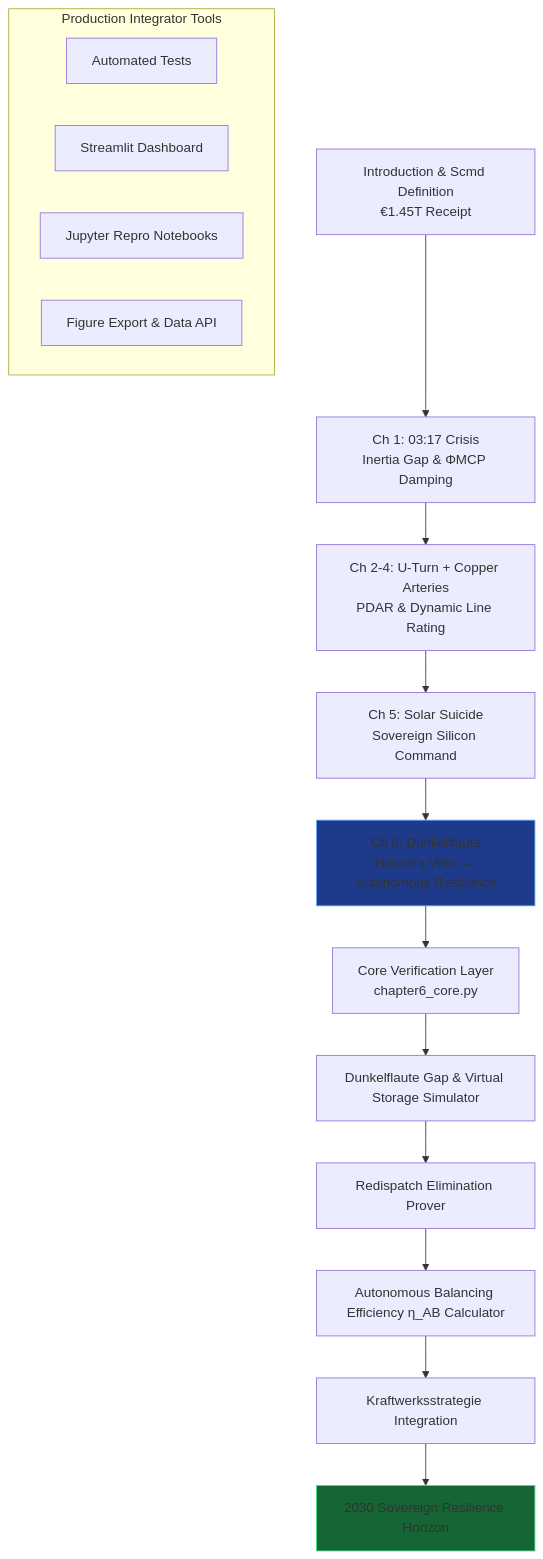
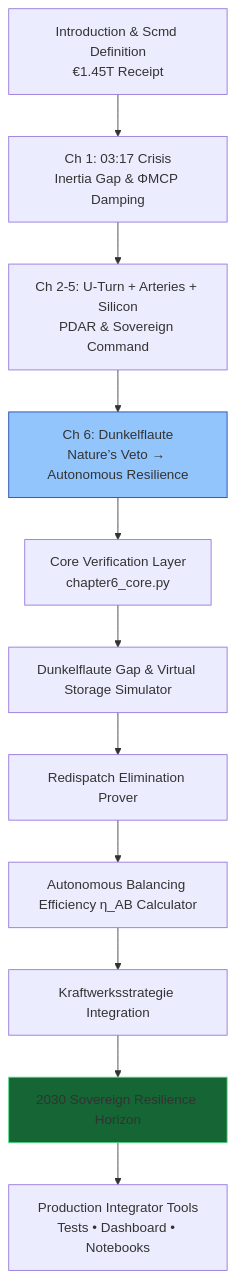
Before and after one commit to iceccarelli/Renewables_Migration_Chapter6_Proof_Engine: the third of 3 diagrams in README.md, drawn with Mermaid. The commit also changed other lines of this file, not shown here.

````diff
--- a/README.md
+++ b/README.md
@@ -33,25 +70,15 @@
 ```mermaid
 graph TD
-    A[Introduction & Scmd Definition<br/>€1.45T Receipt] 
-    --> B[Ch 1: 03:17 Crisis<br/>Inertia Gap & ΦMCP Damping]
-    B --> C[Ch 2-4: U-Turn + Copper Arteries<br/>PDAR & Dynamic Line Rating]
-    C --> D[Ch 5: Solar Suicide<br/>Sovereign Silicon Command]
-    D --> E[Ch 6: Dunkelflaute<br/>Nature’s Veto → Autonomous Resilience]
-    
-    E --> F[Core Verification Layer<br/>chapter6_core.py]
-    F --> G[Dunkelflaute Gap & Virtual Storage Simulator]
-    G --> H[Redispatch Elimination Prover]
-    H --> I[Autonomous Balancing Efficiency η_AB Calculator]
-    I --> J[Kraftwerksstrategie Integration]
-    J --> K[2030 Sovereign Resilience Horizon]
-    
-    subgraph Production Integrator Tools
-        L[Automated Tests]
-        M[Streamlit Dashboard]
-        N[Jupyter Repro Notebooks]
-        O[Figure Export & Data API]
-    end
-    
-    style E fill:#1e3a8a,stroke:#60a5fa
-    style K fill:#166534,stroke:#4ade80
+    A[Introduction & Scmd Definition<br/>€1.45T Receipt] --> B[Ch 1: 03:17 Crisis<br/>Inertia Gap & ΦMCP Damping]
+    B --> C[Ch 2-5: U-Turn + Arteries + Silicon<br/>PDAR & Sovereign Command]
+    C --> D[Ch 6: Dunkelflaute<br/>Nature’s Veto → Autonomous Resilience]
+    D --> E[Core Verification Layer<br/>chapter6_core.py]
+    E --> F[Dunkelflaute Gap & Virtual Storage Simulator]
+    F --> G[Redispatch Elimination Prover]
+    G --> H[Autonomous Balancing Efficiency η_AB Calculator]
+    H --> I[Kraftwerksstrategie Integration]
+    I --> J[2030 Sovereign Resilience Horizon]
+    J --> K[Production Integrator Tools<br/>Tests • Dashboard • Notebooks]
+    style D fill:#93c5fd,stroke:#1e40af
+    style J fill:#166534,stroke:#4ade80
 ```
````
